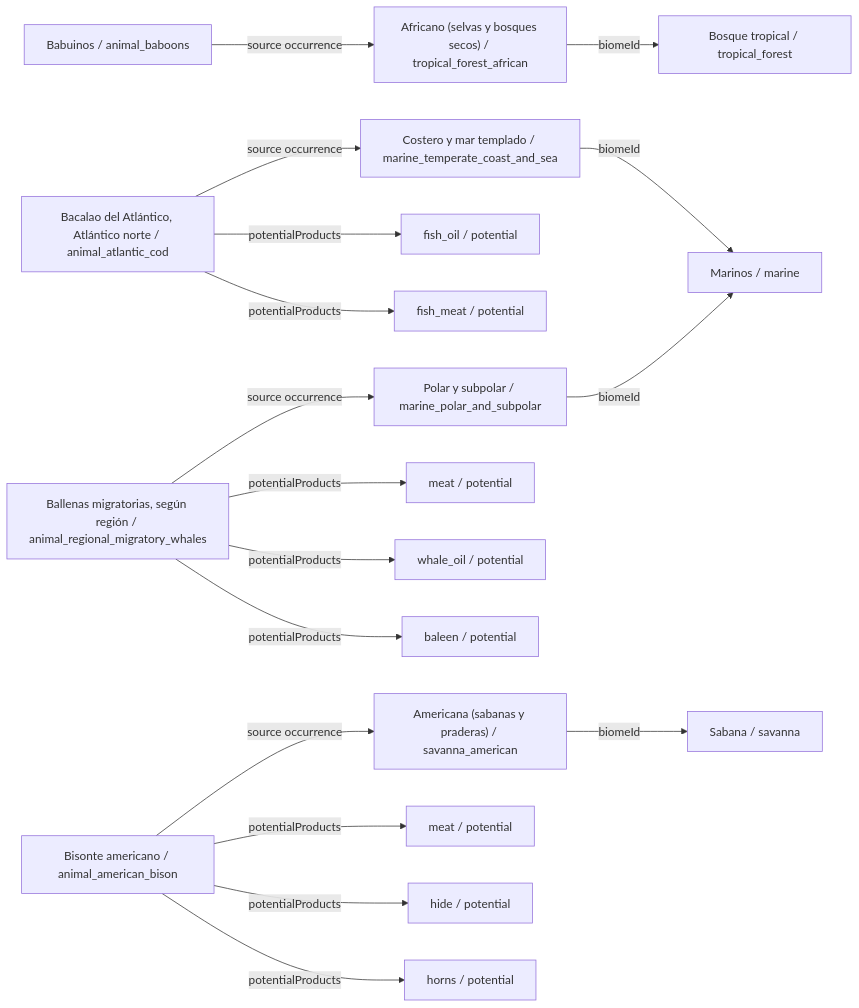
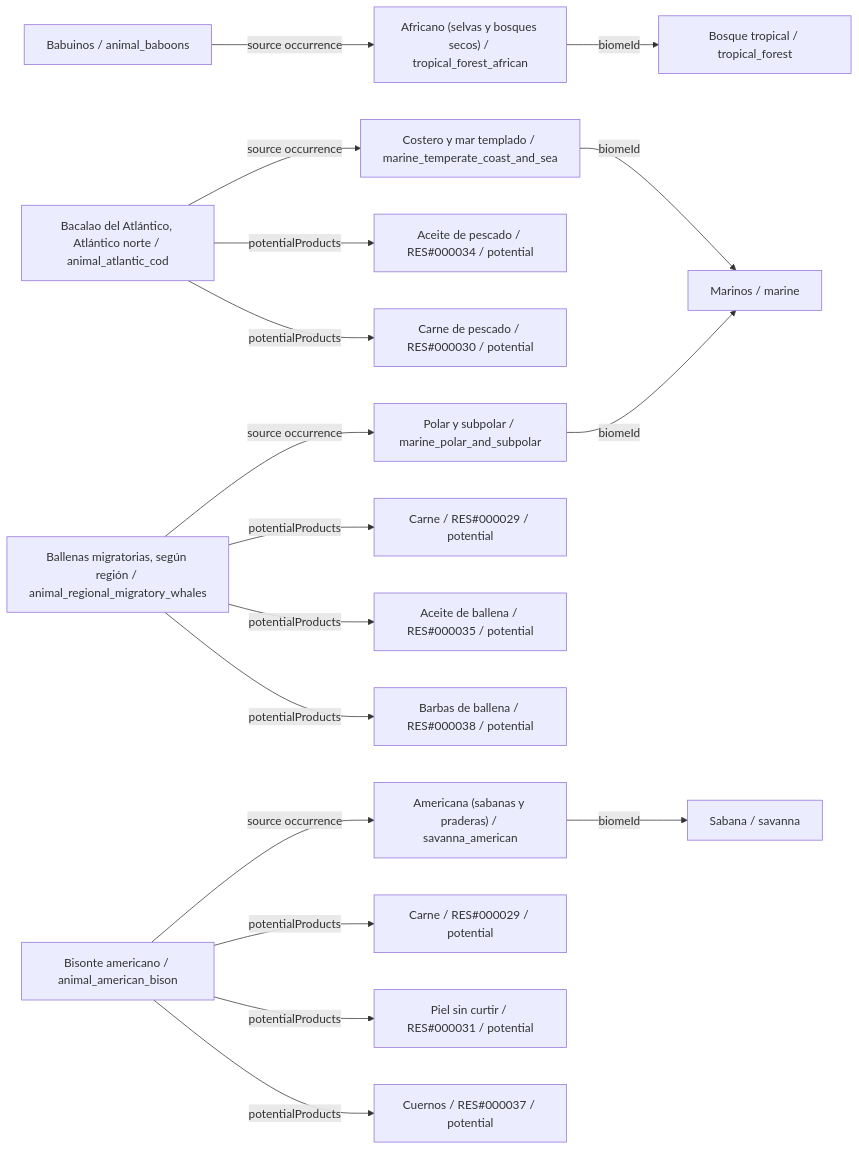
The third of 34 diagrams in data/animals/DIAGRAMS.es.md (fgabo404/EvolveDoc), drawn with Mermaid before and after one commit. The commit also changed other lines of this file and 50 other files, not shown here.

````diff
--- a/data/animals/DIAGRAMS.es.md
+++ b/data/animals/DIAGRAMS.es.md
@@ -235,38 +235,38 @@
 ```mermaid
 flowchart LR
     c0["Babuinos / animal_baboons"]
     v1["Africano (selvas y bosques secos) / tropical_forest_african"]
     b0["Bosque tropical / tropical_forest"]
     c1["Bacalao del Atlántico, Atlántico norte / animal_atlantic_cod"]
     v20["Costero y mar templado / marine_temperate_coast_and_sea"]
     b5["Marinos / marine"]
-    o1_0["fish_oil / potential"]
-    o1_1["fish_meat / potential"]
+    o1_0["Aceite de pescado / RES#000034 / potential"]
+    o1_1["Carne de pescado / RES#000030 / potential"]
     c2["Ballenas migratorias, según región / animal_regional_migratory_whales"]
     v21["Polar y subpolar / marine_polar_and_subpolar"]
-    o2_0["meat / potential"]
-    o2_1["whale_oil / potential"]
-    o2_2["baleen / potential"]
+    o2_0["Carne / RES#000029 / potential"]
+    o2_1["Aceite de ballena / RES#000035 / potential"]
+    o2_2["Barbas de ballena / RES#000038 / potential"]
     c3["Bisonte americano / animal_american_bison"]
     v12["Americana (sabanas y praderas) / savanna_american"]
     b3["Sabana / savanna"]
-    o3_0["meat / potential"]
-    o3_1["hide / potential"]
-    o3_2["horns / potential"]
+    o3_0["Carne / RES#000029 / potential"]
+    o3_1["Piel sin curtir / RES#000031 / potential"]
+    o3_2["Cuernos / RES#000037 / potential"]
     c0 -->|source occurrence| v1
     c1 -->|potentialProducts| o1_0
     c1 -->|potentialProducts| o1_1
     c1 -->|source occurrence| v20
     c2 -->|potentialProducts| o2_0
     c2 -->|potentialProducts| o2_1
     c2 -->|potentialProducts| o2_2
     c2 -->|source occurrence| v21
     c3 -->|potentialProducts| o3_0
     c3 -->|potentialProducts| o3_1
     c3 -->|potentialProducts| o3_2
     c3 -->|source occurrence| v12
     v1 -->|biomeId| b0
     v12 -->|biomeId| b3
     v20 -->|biomeId| b5
     v21 -->|biomeId| b5
 ```
````
